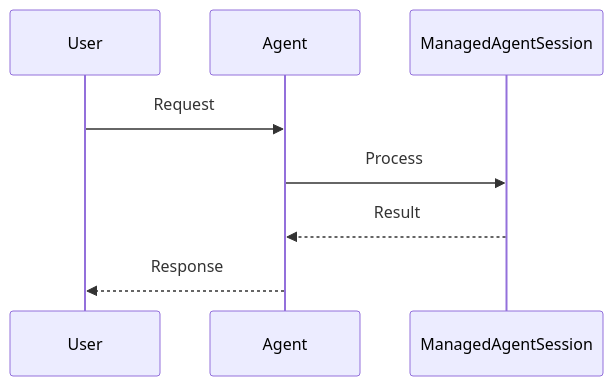
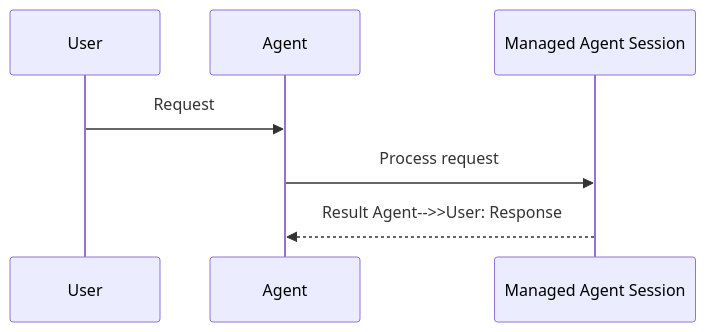
Before and after one commit to MervinPraison/PraisonAIDocs: the second of 3 diagrams in docs/features/managed-agents-session-info.mdx, drawn with Mermaid. The commit also changed 204 other files, not shown here.

First line of the commit message:
docs: align feature/tool pages with AGENTS.md hero + sequence + import standards (fixes #1775)

````diff
--- a/docs/features/managed-agents-session-info.mdx
+++ b/docs/features/managed-agents-session-info.mdx
@@ -50,11 +50,10 @@
 ```mermaid
 sequenceDiagram
     participant User
     participant Agent
-    participant ManagedAgentSession
+    participant Feature as Managed Agent Session 
 
     User->>Agent: Request
-    Agent->>ManagedAgentSession: Process
-    ManagedAgentSession-->>Agent: Result
-    Agent-->>User: Response
+    Agent->>Feature: Process request
+    Feature-->>Agent: Result    Agent-->>User: Response
 ```
````
